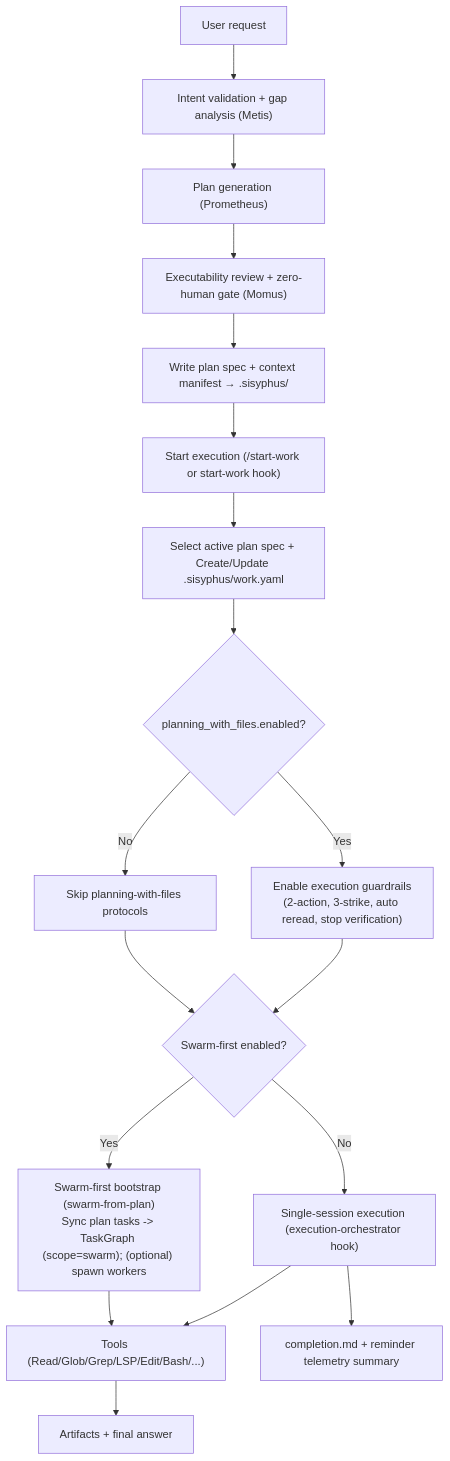
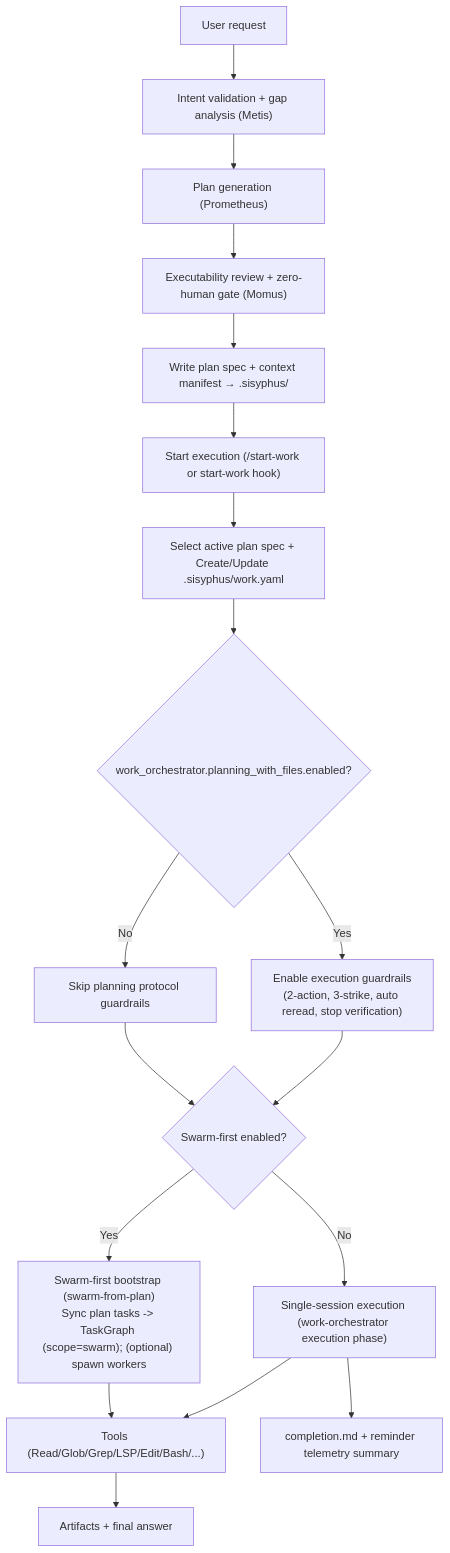
Before and after one commit to arcthur/oh-my-opencode: the diagram in docs/journeys/planning-to-execution.md, drawn with Mermaid. The commit also changed other lines of this file and 62 other files, not shown here.

First line of the commit message:
feat!: unify orchestration under work-orchestrator with work-state v6

````diff
--- a/docs/journeys/planning-to-execution.md
+++ b/docs/journeys/planning-to-execution.md
@@ -10,24 +10,24 @@
 ```mermaid
 flowchart TD
   U["User request"] --> MT["Intent validation + gap analysis (Metis)"]
   MT --> PG["Plan generation (Prometheus)"]
   PG --> MO["Executability review + zero-human gate (Momus)"]
 
   MO --> ART["Write plan spec + context manifest → .sisyphus/"]
   ART --> SW["Start execution (/start-work or start-work hook)"]
   SW --> MIG["Select active plan spec + Create/Update .sisyphus/work.yaml"]
 
-  MIG --> PWF{"planning_with_files.enabled?"}
+  MIG --> PWF{"work_orchestrator.planning_with_files.enabled?"}
   PWF -->|Yes| PWFY["Enable execution guardrails\n(2-action, 3-strike, auto reread, stop verification)"]
-  PWF -->|No| PWFN["Skip planning-with-files protocols"]
+  PWF -->|No| PWFN["Skip planning protocol guardrails"]
 
   PWFY --> MODE{"Swarm-first enabled?"}
   PWFN --> MODE
-  MODE -->|No| AT["Single-session execution (execution-orchestrator hook)"]
+  MODE -->|No| AT["Single-session execution (work-orchestrator execution phase)"]
   MODE -->|Yes| SF["Swarm-first bootstrap (swarm-from-plan)\nSync plan tasks -> TaskGraph (scope=swarm); (optional) spawn workers"]
 
   AT --> TOOL["Tools (Read/Glob/Grep/LSP/Edit/Bash/...)"]
   SF --> TOOL
   TOOL --> OUT["Artifacts + final answer"]
   AT --> COMP["completion.md + reminder telemetry summary"]
 ```
````
